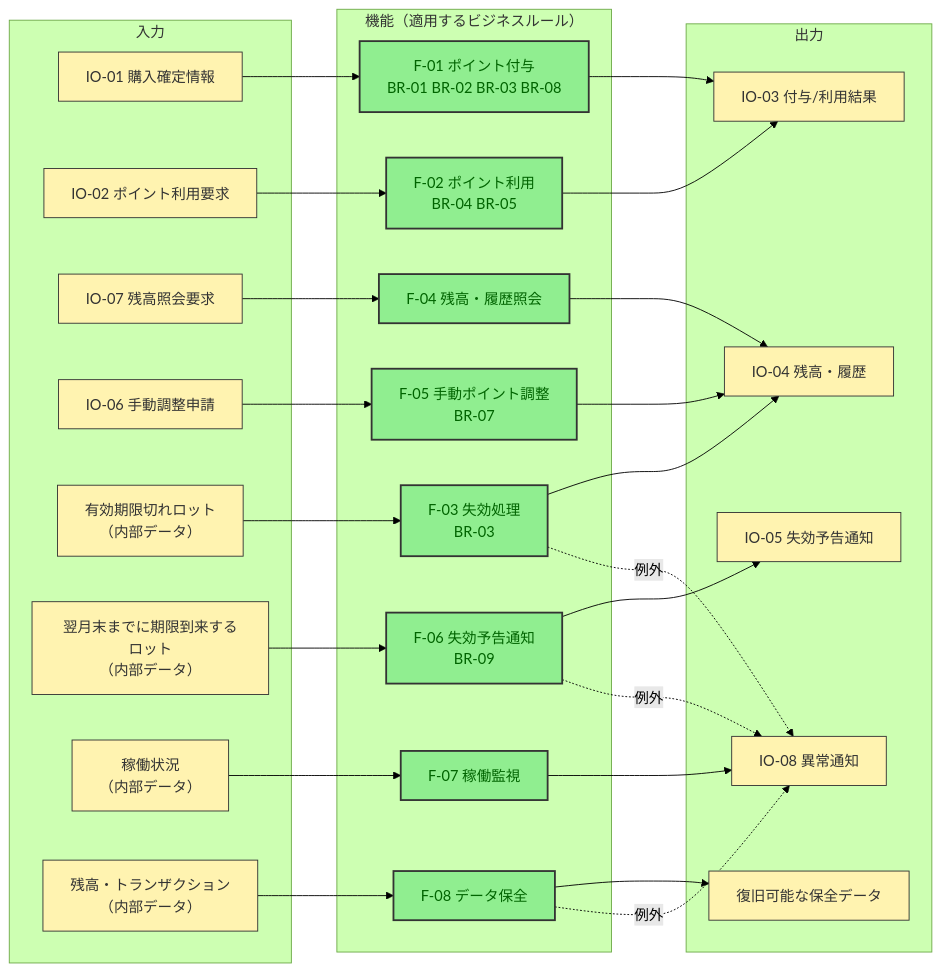
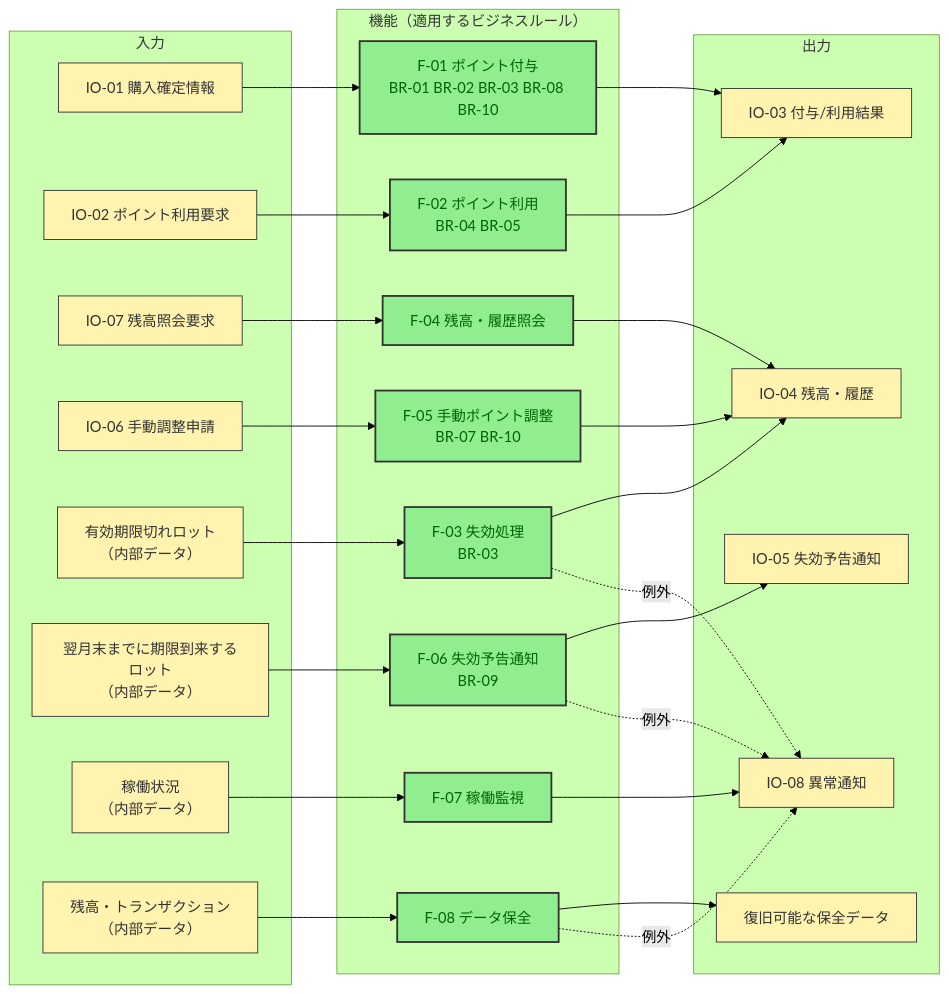
Before and after one commit to kasiopeiya/claude-dev-template: the fourth of 9 diagrams in .claude/skills/elicit-requirements/sample-requirements.md, drawn with Mermaid (forest theme). The commit also changed other lines of this file and 1 other file, not shown here.

````diff
--- a/.claude/skills/elicit-requirements/sample-requirements.md
+++ b/.claude/skills/elicit-requirements/sample-requirements.md
@@ -288,50 +289,50 @@
 ```mermaid
 flowchart LR
     subgraph IN["入力"]
         io1["IO-01 購入確定情報"]
         io2["IO-02 ポイント利用要求"]
         io7["IO-07 残高照会要求"]
         io6["IO-06 手動調整申請"]
         d1["有効期限切れロット<br/>（内部データ）"]
         d2["翌月末までに期限到来するロット<br/>（内部データ）"]
         d3["稼働状況<br/>（内部データ）"]
         d4["残高・トランザクション<br/>（内部データ）"]
     end
 
     subgraph FUNC["機能（適用するビジネスルール）"]
-        f1["F-01 ポイント付与<br/>BR-01 BR-02 BR-03 BR-08"]
+        f1["F-01 ポイント付与<br/>BR-01 BR-02 BR-03 BR-08 BR-10"]
         f2["F-02 ポイント利用<br/>BR-04 BR-05"]
         f4["F-04 残高・履歴照会"]
-        f5["F-05 手動ポイント調整<br/>BR-07"]
+        f5["F-05 手動ポイント調整<br/>BR-07 BR-10"]
         f3["F-03 失効処理<br/>BR-03"]
         f6["F-06 失効予告通知<br/>BR-09"]
         f7["F-07 稼働監視"]
         f8["F-08 データ保全"]
     end
 
     subgraph OUT["出力"]
         io3["IO-03 付与/利用結果"]
         io4["IO-04 残高・履歴"]
         io5["IO-05 失効予告通知"]
         io8["IO-08 異常通知"]
         bk["復旧可能な保全データ"]
     end
 
     io1 --> f1 --> io3
     io2 --> f2 --> io3
     io7 --> f4 --> io4
     io6 --> f5 --> io4
     d1 --> f3 --> io4
     d2 --> f6 --> io5
     d3 --> f7 --> io8
     d4 --> f8 --> bk
 
     f3 -.->|例外| io8
     f6 -.->|例外| io8
     f8 -.->|例外| io8
 
     classDef io fill:#FFF3B0,stroke:#333,stroke-width:1px,color:#333
     classDef func fill:#90EE90,stroke:#333,stroke-width:2px,color:darkgreen
     class io1,io2,io6,io7,d1,d2,d3,d4,io3,io4,io5,io8,bk io
     class f1,f2,f3,f4,f5,f6,f7,f8 func
 ```
````
